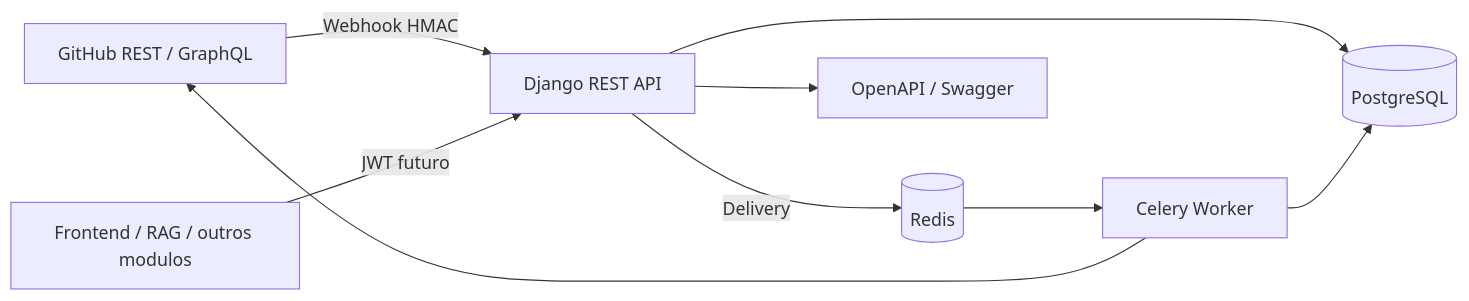
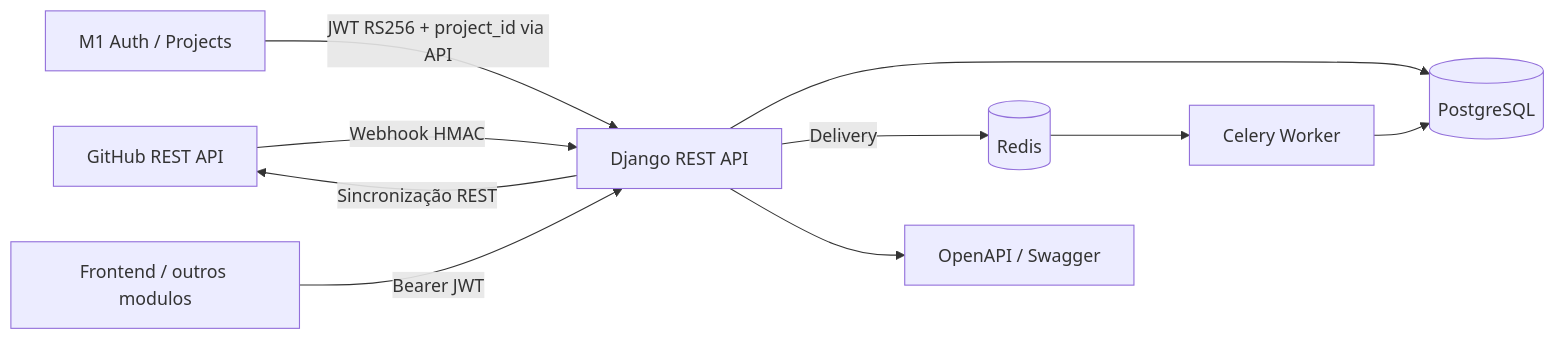
The diagram in docs/architecture.md (EduardoFdeM/ai-platform-github-service), drawn with Mermaid before and after one commit. The commit also changed other lines of this file and 10 other files, not shown here.

````diff
--- a/docs/architecture.md
+++ b/docs/architecture.md
@@ -3,11 +3,12 @@
 ```mermaid
 flowchart LR
-    GH[GitHub REST / GraphQL] -->|Webhook HMAC| API[Django REST API]
-    Consumer[Frontend / RAG / outros modulos] -->|JWT futuro| API
+    GH[GitHub REST API] -->|Webhook HMAC| API[Django REST API]
+    API -->|Sincronização REST| GH
+    M1[M1 Auth / Projects] -->|JWT RS256 + project_id via API| API
+    Consumer[Frontend / outros modulos] -->|Bearer JWT| API
     API --> PG[(PostgreSQL)]
     API -->|Delivery| Redis[(Redis)]
     Redis --> Worker[Celery Worker]
     Worker --> PG
-    Worker --> GH
     API --> Docs[OpenAPI / Swagger]
 ```
````
